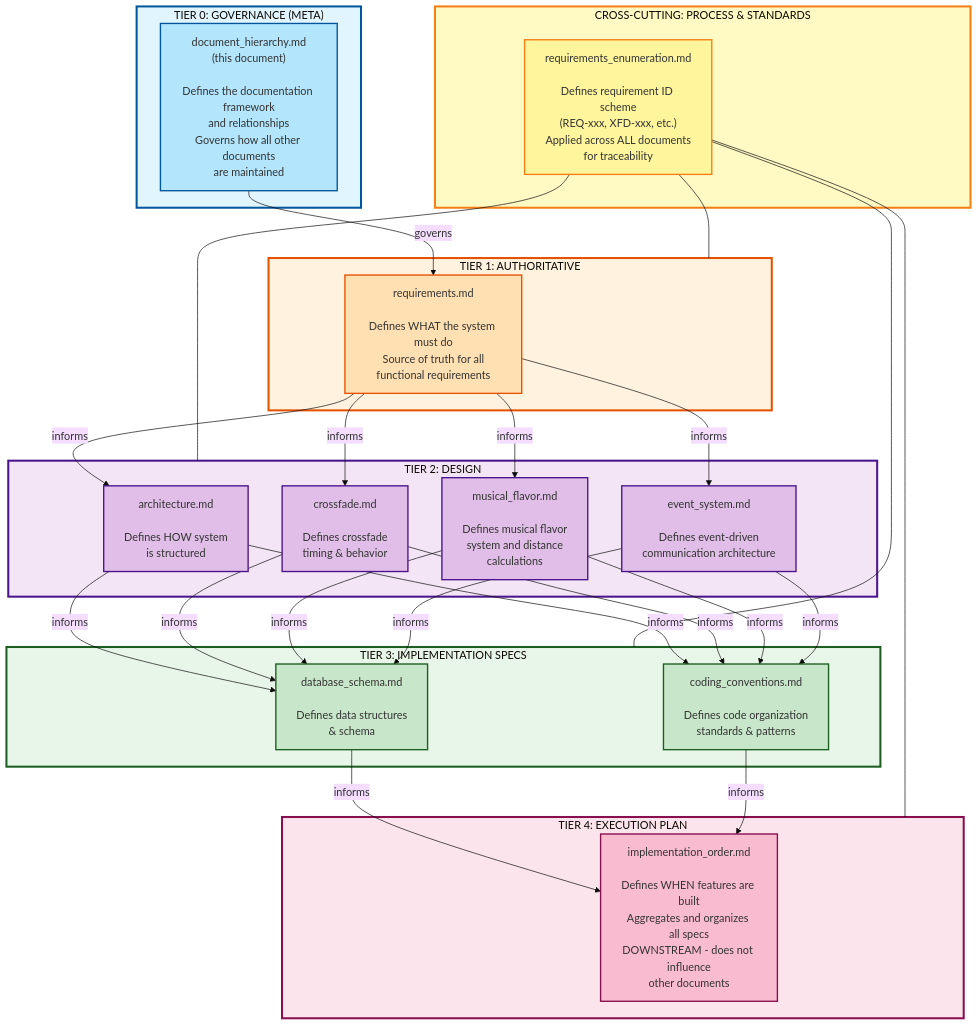
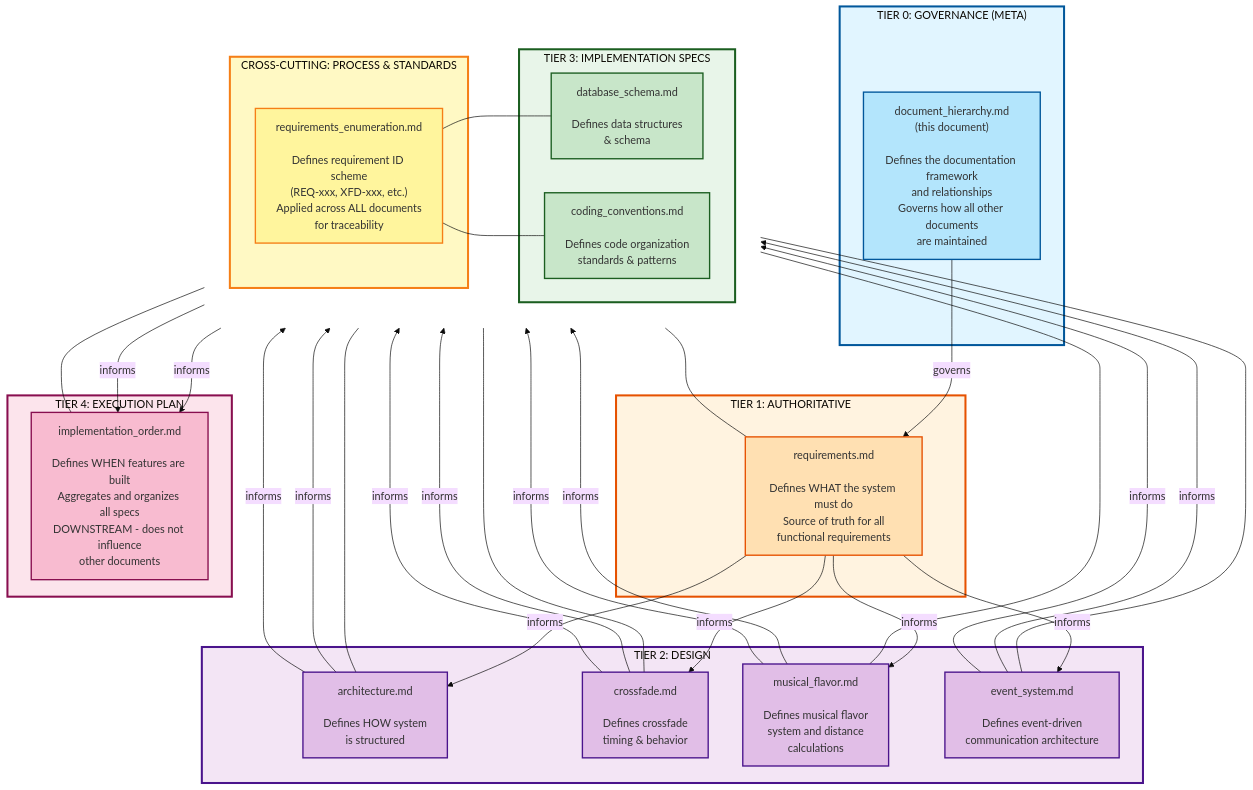
The diagram in document_hierarchy.md (MangoCats/McRhythm), drawn with Mermaid (base theme) before and after one commit.

Commit message:
refine mermaid diagram

````diff
--- a/document_hierarchy.md
+++ b/document_hierarchy.md
@@ -21,55 +21,59 @@
 ```mermaid
 flowchart TD
     subgraph T0["TIER 0: GOVERNANCE (META)"]
         DH["document_hierarchy.md<br/>(this document)<br/><br/>Defines the documentation framework<br/>and relationships<br/>Governs how all other documents<br/>are maintained"]
     end
 
     subgraph T1["TIER 1: AUTHORITATIVE"]
         REQ["requirements.md<br/><br/>Defines WHAT the system must do<br/>Source of truth for all<br/>functional requirements"]
     end
 
     subgraph T2["TIER 2: DESIGN"]
         ARCH["architecture.md<br/><br/>Defines HOW system<br/>is structured"]
         XFD["crossfade.md<br/><br/>Defines crossfade<br/>timing & behavior"]
         FLV["musical_flavor.md<br/><br/>Defines musical flavor<br/>system and distance<br/>calculations"]
         EVT["event_system.md<br/><br/>Defines event-driven<br/>communication architecture"]
     end
 
-    subgraph T3["TIER 3: IMPLEMENTATION SPECS"]
-        DB["database_schema.md<br/><br/>Defines data structures<br/>& schema"]
-        CODE["coding_conventions.md<br/><br/>Defines code organization<br/>standards & patterns"]
-    end
+    subgraph ROW3[" "]
+        direction LR
+        subgraph T3["TIER 3: IMPLEMENTATION SPECS"]
+            DB["database_schema.md<br/><br/>Defines data structures<br/>& schema"]
+            CODE["coding_conventions.md<br/><br/>Defines code organization<br/>standards & patterns"]
+        end
 
-    subgraph CC["CROSS-CUTTING: PROCESS & STANDARDS"]
-        ENUM["requirements_enumeration.md<br/><br/>Defines requirement ID scheme<br/>(REQ-xxx, XFD-xxx, etc.)<br/>Applied across ALL documents<br/>for traceability"]
+        subgraph CC["CROSS-CUTTING: PROCESS & STANDARDS"]
+            ENUM["requirements_enumeration.md<br/><br/>Defines requirement ID scheme<br/>(REQ-xxx, XFD-xxx, etc.)<br/>Applied across ALL documents<br/>for traceability"]
+        end
     end
 
     subgraph T4["TIER 4: EXECUTION PLAN"]
         IMPL["implementation_order.md<br/><br/>Defines WHEN features are built<br/>Aggregates and organizes all specs<br/>DOWNSTREAM - does not influence<br/>other documents"]
     end
 
     DH -->|governs| REQ
     REQ -->|informs| ARCH & XFD & FLV & EVT
     ARCH & XFD & FLV & EVT -->|informs| DB & CODE
     DB & CODE -->|informs| IMPL
 
-    ENUM --- T1 & T2 & T3 & T4
+    ENUM --- REQ & ARCH & XFD & FLV & EVT & DB & CODE & IMPL
 
     style T0 fill:#e1f5ff,stroke:#01579b,stroke-width:3px
     style T1 fill:#fff3e0,stroke:#e65100,stroke-width:3px
     style T2 fill:#f3e5f5,stroke:#4a148c,stroke-width:3px
     style T3 fill:#e8f5e9,stroke:#1b5e20,stroke-width:3px
     style CC fill:#fff9c4,stroke:#f57f17,stroke-width:3px
     style T4 fill:#fce4ec,stroke:#880e4f,stroke-width:3px
+    style ROW3 fill:none,stroke:none
 
     style DH fill:#b3e5fc,stroke:#01579b,stroke-width:2px
     style REQ fill:#ffe0b2,stroke:#e65100,stroke-width:2px
     style ARCH fill:#e1bee7,stroke:#4a148c,stroke-width:2px
     style XFD fill:#e1bee7,stroke:#4a148c,stroke-width:2px
     style FLV fill:#e1bee7,stroke:#4a148c,stroke-width:2px
     style EVT fill:#e1bee7,stroke:#4a148c,stroke-width:2px
     style ENUM fill:#fff59d,stroke:#f57f17,stroke-width:2px
     style DB fill:#c8e6c9,stroke:#1b5e20,stroke-width:2px
     style CODE fill:#c8e6c9,stroke:#1b5e20,stroke-width:2px
     style IMPL fill:#f8bbd0,stroke:#880e4f,stroke-width:2px
 ```
````
